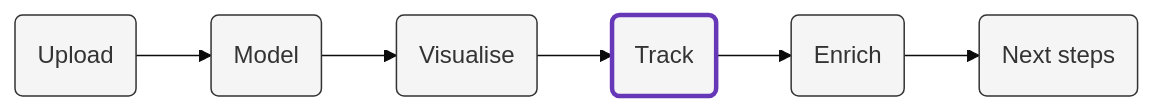
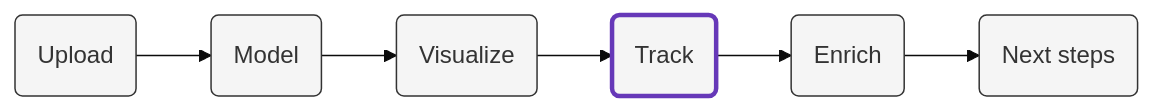
One commit to snowplow/advanced-analytics-web-accelerator changed the diagram in content/tracking/_index.md. Above: the diagram before and after it, drawn with Mermaid (base theme). The commit also changed 18 other files, not shown here.

```diff
--- a/content/tracking/_index.md
+++ b/content/tracking/_index.md
@@ -14,10 +14,10 @@
 {{<mermaid>}}
 flowchart LR
-    id1(Upload)-->id2(Model)-->id3(Visualise)-->id4(Track)-->id5(Enrich)-->id6(Next steps)
+    id1(Upload)-->id2(Model)-->id3(Visualize)-->id4(Track)-->id5(Enrich)-->id6(Next steps)
     style id4 fill:#f5f5f5,stroke:#6638B8,stroke-width:3px
     style id1 fill:#f5f5f5,stroke:#333,stroke-width:1px
     style id3 fill:#f5f5f5,stroke:#333,stroke-width:1px
     style id5 fill:#f5f5f5,stroke:#333,stroke-width:1px
     style id2 fill:#f5f5f5,stroke:#333,stroke-width:1px
     style id6 fill:#f5f5f5,stroke:#333,stroke-width:1px
 {{</mermaid >}}
```
